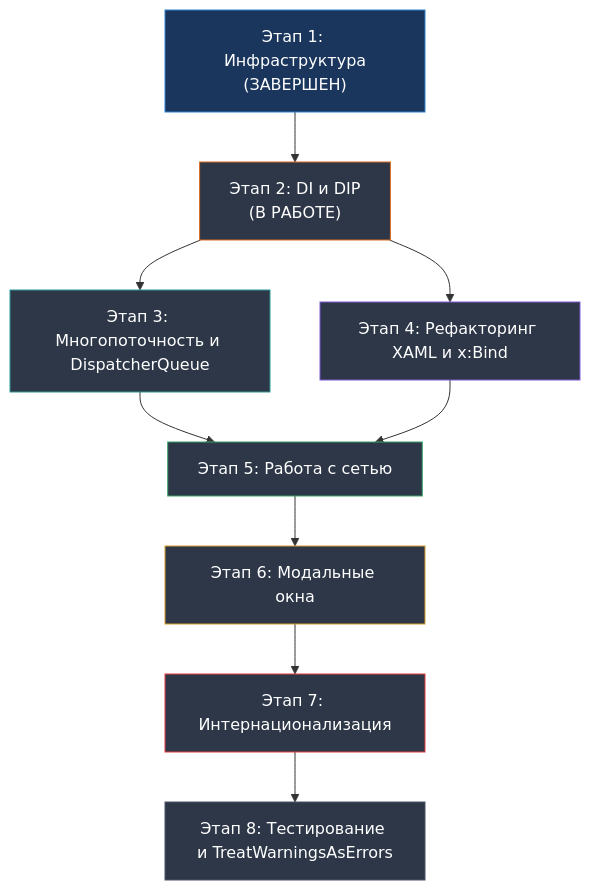
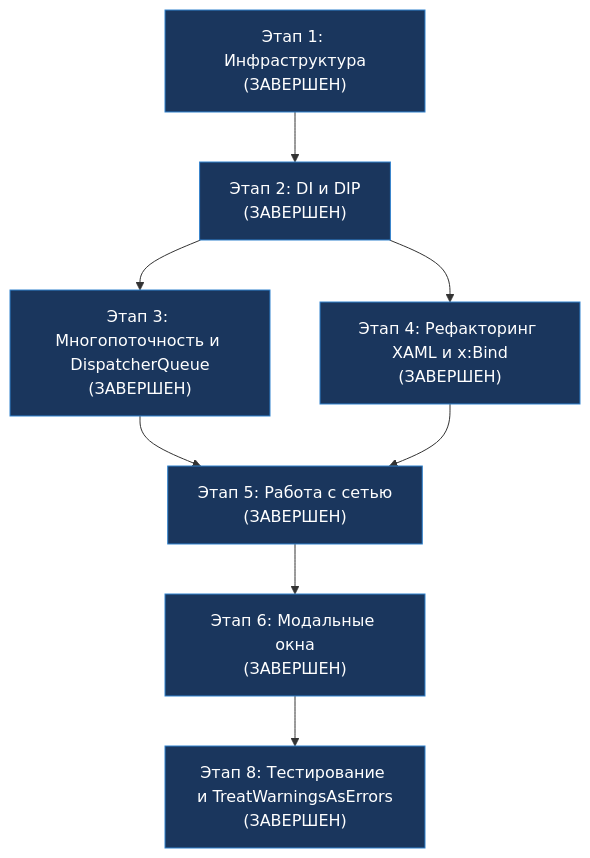
Before and after one commit to krnzhnr/k-tools: the diagram in REFACTORING_PLAN.md, drawn with Mermaid. The commit also changed other lines of this file, not shown here.

Commit message:
Обновлен статус этапов в REFACTORING_PLAN.md: Этап 8 выполнен, Этап 7 отменен

````diff
--- a/REFACTORING_PLAN.md
+++ b/REFACTORING_PLAN.md
@@ -541,20 +541,18 @@
 ```mermaid
 graph TD
-    E1["Этап 1: Инфраструктура<br/>(ЗАВЕРШЕН)"] --> E2["Этап 2: DI и DIP<br/>(В РАБОТЕ)"]
-    E2 --> E3["Этап 3: Многопоточность и DispatcherQueue"]
-    E2 --> E4["Этап 4: Рефакторинг XAML и x:Bind"]
-    E3 --> E5["Этап 5: Работа с сетью"]
+    E1["Этап 1: Инфраструктура<br/>(ЗАВЕРШЕН)"] --> E2["Этап 2: DI и DIP<br/>(ЗАВЕРШЕН)"]
+    E2 --> E3["Этап 3: Многопоточность и DispatcherQueue<br/>(ЗАВЕРШЕН)"]
+    E2 --> E4["Этап 4: Рефакторинг XAML и x:Bind<br/>(ЗАВЕРШЕН)"]
+    E3 --> E5["Этап 5: Работа с сетью<br/>(ЗАВЕРШЕН)"]
     E4 --> E5
-    E5 --> E6["Этап 6: Модальные окна"]
-    E6 --> E7["Этап 7: Интернационализация"]
-    E7 --> E8["Этап 8: Тестирование и TreatWarningsAsErrors"]
+    E5 --> E6["Этап 6: Модальные окна<br/>(ЗАВЕРШЕН)"]
+    E6 --> E8["Этап 8: Тестирование и TreatWarningsAsErrors<br/>(ЗАВЕРШЕН)"]
 
     style E1 fill:#1a365d,stroke:#3182ce,color:#fff
-    style E2 fill:#2d3748,stroke:#dd6b20,color:#fff
-    style E3 fill:#2d3748,stroke:#319795,color:#fff
-    style E4 fill:#2d3748,stroke:#805ad5,color:#fff
-    style E5 fill:#2d3748,stroke:#38a169,color:#fff
-    style E6 fill:#2d3748,stroke:#d69e2e,color:#fff
-    style E7 fill:#2d3748,stroke:#e53e3e,color:#fff
-    style E8 fill:#2d3748,stroke:#4a5568,color:#fff
+    style E2 fill:#1a365d,stroke:#3182ce,color:#fff
+    style E3 fill:#1a365d,stroke:#3182ce,color:#fff
+    style E4 fill:#1a365d,stroke:#3182ce,color:#fff
+    style E5 fill:#1a365d,stroke:#3182ce,color:#fff
+    style E6 fill:#1a365d,stroke:#3182ce,color:#fff
+    style E8 fill:#1a365d,stroke:#3182ce,color:#fff
 ```
````
